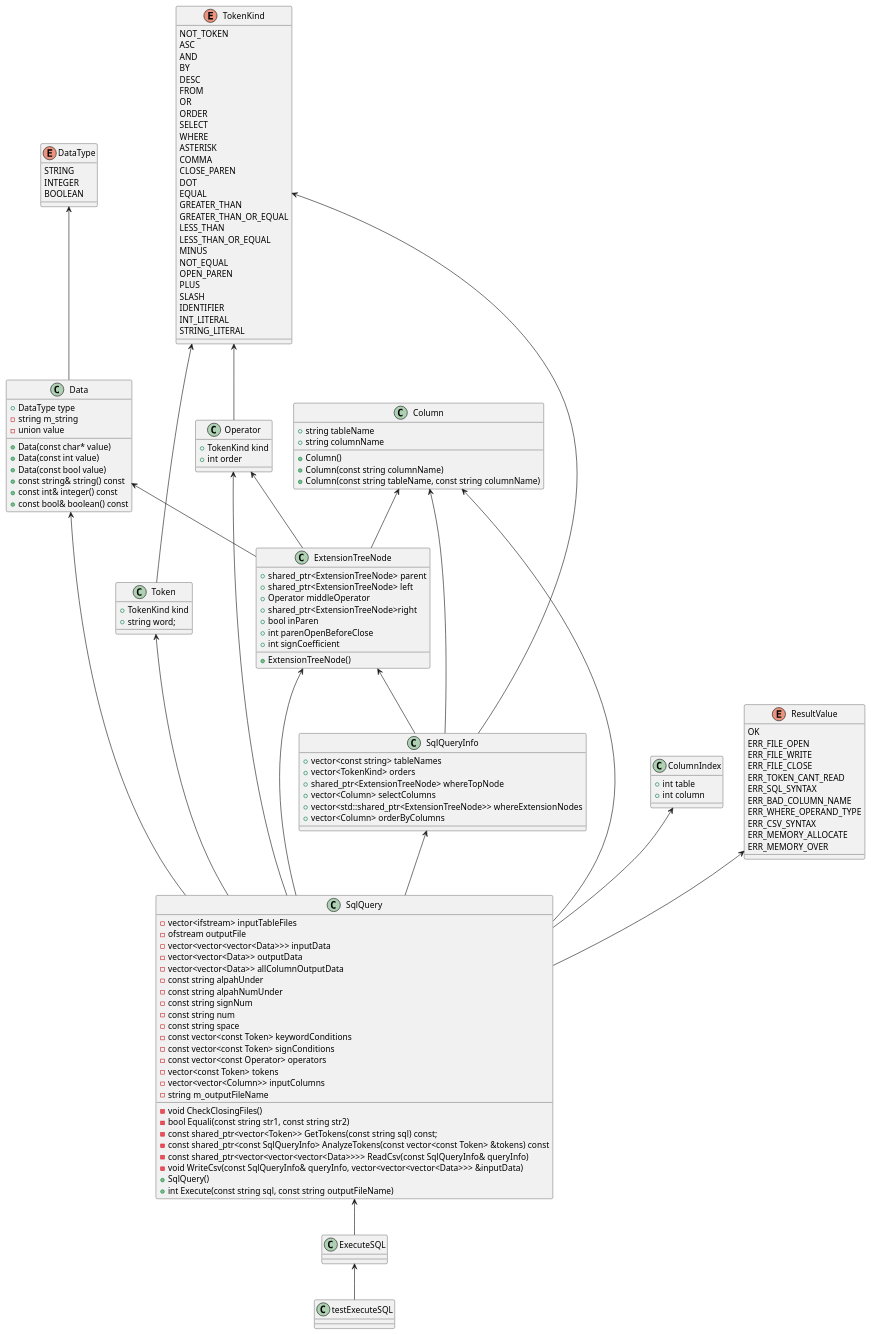
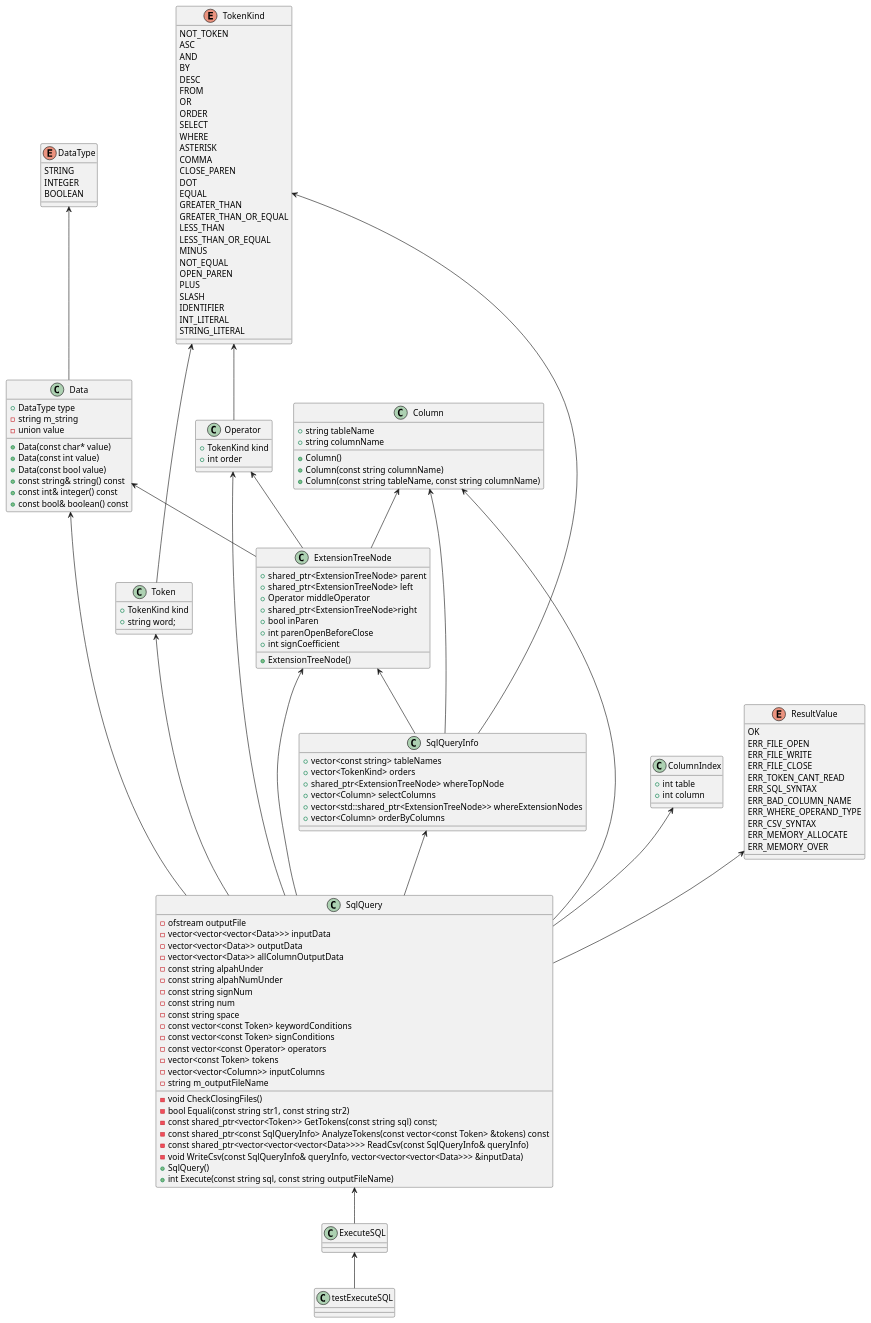
One commit to yotten/TinySQL changed the diagram in ExecuteSQL.pu. Above: the diagram before and after it, drawn with PlantUML. The commit also changed 2 other files, not shown here.

Commit message:
138.SqlQueryのメンバ変数の見直し1(inputTableFiles削除)
[----------] Global test environment tear-down
[==========] 213 tests from 1 test case ran. (5736 ms total)
[  PASSED  ] 213 tests.

```diff
--- a/ExecuteSQL.pu
+++ b/ExecuteSQL.pu
@@ -1,152 +1,151 @@
 @startuml
 
 class testExecuteSQL {}
 class SqlQueryInfo {
 	+vector<const string> tableNames
 	+vector<TokenKind> orders
 	+shared_ptr<ExtensionTreeNode> whereTopNode
 	+vector<Column> selectColumns
 	+vector<std::shared_ptr<ExtensionTreeNode>> whereExtensionNodes
 	+vector<Column> orderByColumns
 }
 class SqlQuery {
-	-vector<ifstream> inputTableFiles
 	-ofstream outputFile
 	-vector<vector<vector<Data>>> inputData
 	-vector<vector<Data>> outputData
 	-vector<vector<Data>> allColumnOutputData	
 	-const string alpahUnder
 	-const string alpahNumUnder
 	-const string signNum
 	-const string num
 	-const string space
 	-const vector<const Token> keywordConditions
 	-const vector<const Token> signConditions
 	-const vector<const Operator> operators
 	-vector<const Token> tokens
 	-vector<vector<Column>> inputColumns
 	-void CheckClosingFiles()
 	-string m_outputFileName
 	-bool Equali(const string str1, const string str2)
 	-const shared_ptr<vector<Token>> GetTokens(const string sql) const;
 	-const shared_ptr<const SqlQueryInfo> AnalyzeTokens(const vector<const Token> &tokens) const
 	-const shared_ptr<vector<vector<vector<Data>>>> ReadCsv(const SqlQueryInfo& queryInfo)
 	-void WriteCsv(const SqlQueryInfo& queryInfo, vector<vector<vector<Data>>> &inputData)
 	+SqlQuery()
 	+int Execute(const string sql, const string outputFileName)
 }
 class ExecuteSQL {
 	
 }
 
 class Data {
     +DataType type
 	-string m_string
 	-union value
 	+Data(const char* value)
 	+Data(const int value)
 	+Data(const bool value)
 	+const string& string() const
 	+const int& integer() const
 	+const bool& boolean() const
 }
 class Operator{
     +TokenKind kind
     +int order
 }
 class Token{
     +TokenKind kind
     +string word;
 }
 class ExtensionTreeNode{
 	+shared_ptr<ExtensionTreeNode> parent
 	+shared_ptr<ExtensionTreeNode> left
 	+Operator middleOperator
 	+shared_ptr<ExtensionTreeNode>right
 	+bool inParen
 	+int parenOpenBeforeClose
 	+int signCoefficient
 	+ExtensionTreeNode()
 }
 class ColumnIndex{
     +int table
     +int column
 }
 class Column{
     +string tableName
     +string columnName
     +Column()
     +Column(const string columnName)
     +Column(const string tableName, const string columnName)
 }
 enum DataType{
    	STRING
 	INTEGER
 	BOOLEAN
 }
 enum TokenKind{
     NOT_TOKEN
 	ASC
 	AND
 	BY
 	DESC
 	FROM
 	OR
 	ORDER
 	SELECT
 	WHERE
 	ASTERISK
 	COMMA
 	CLOSE_PAREN
 	DOT
 	EQUAL
 	GREATER_THAN
 	GREATER_THAN_OR_EQUAL
 	LESS_THAN
 	LESS_THAN_OR_EQUAL
 	MINUS
 	NOT_EQUAL
 	OPEN_PAREN
 	PLUS
 	SLASH
 	IDENTIFIER
 	INT_LITERAL
 	STRING_LITERAL
 }
 enum ResultValue{
     OK
 	ERR_FILE_OPEN
 	ERR_FILE_WRITE
 	ERR_FILE_CLOSE
 	ERR_TOKEN_CANT_READ
 	ERR_SQL_SYNTAX
 	ERR_BAD_COLUMN_NAME
 	ERR_WHERE_OPERAND_TYPE
 	ERR_CSV_SYNTAX
 	ERR_MEMORY_ALLOCATE
 	ERR_MEMORY_OVER
 }
 
 ExecuteSQL <-- testExecuteSQL
 SqlQuery <-- ExecuteSQL
 
 Data <-- SqlQuery
 Operator <-- SqlQuery
 Token <-- SqlQuery
 ExtensionTreeNode <-- SqlQuery
 ColumnIndex <-- SqlQuery
 Column <-- SqlQuery
 ResultValue <-- SqlQuery
 SqlQueryInfo <-- SqlQuery
 
 Column <-- SqlQueryInfo
 TokenKind <-- SqlQueryInfo
 ExtensionTreeNode <-- SqlQueryInfo
 
 DataType <-- Data
 TokenKind <-- Token
 TokenKind <-- Operator
 Operator <-- ExtensionTreeNode
 Column <-- ExtensionTreeNode
 Data <-- ExtensionTreeNode
 @enduml
```
